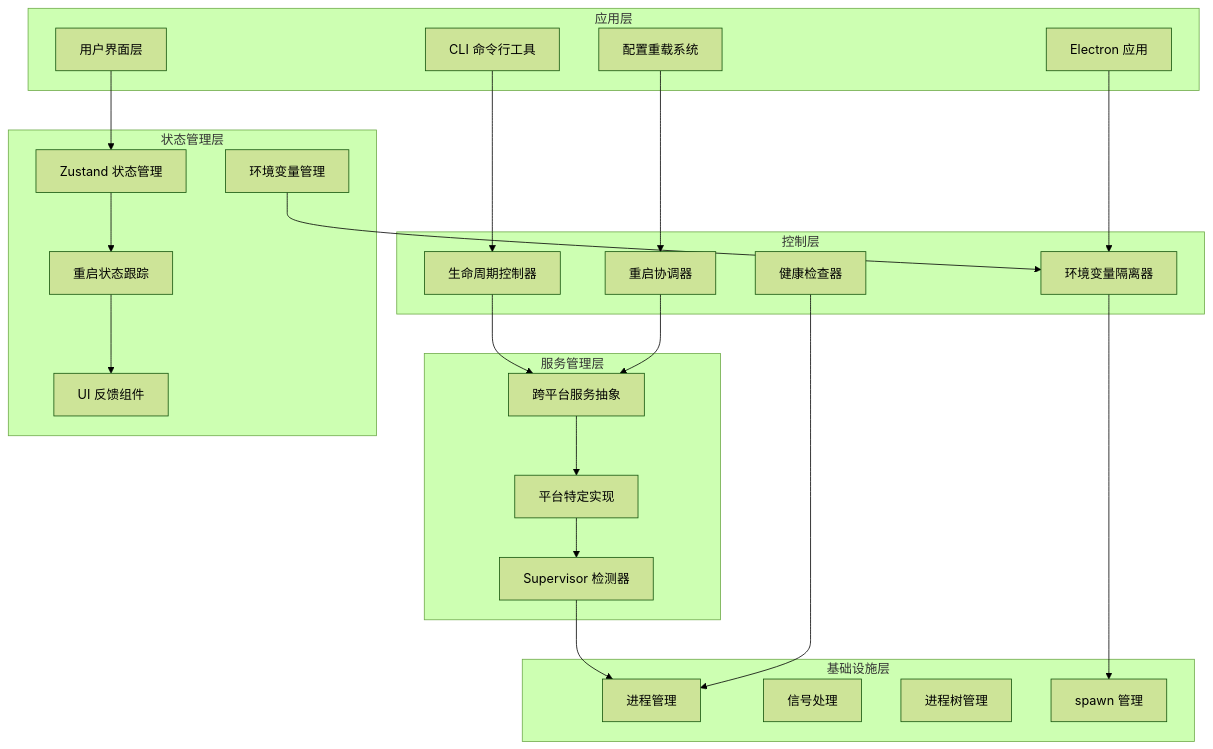
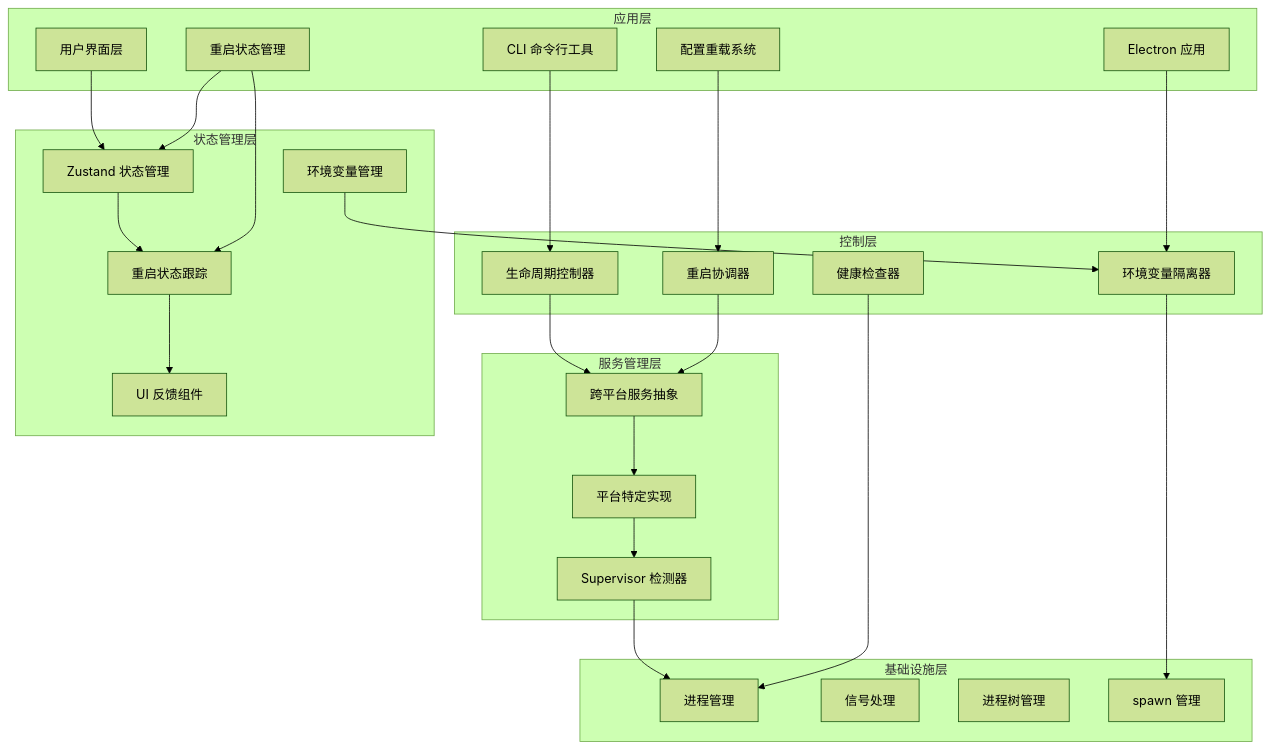
The fourth of 20 diagrams in .qoder/repowiki/zh/content/核心概念/网关架构/网关重启系统.md (verse-ai-org/openclaw), drawn with Mermaid (forest theme) before and after one commit. The commit also changed other lines of this file and 86 other files, not shown here.

````diff
--- a/.qoder/repowiki/zh/content/核心概念/网关架构/网关重启系统.md
+++ b/.qoder/repowiki/zh/content/核心概念/网关架构/网关重启系统.md
@@ -204,46 +214,49 @@
 ```mermaid
 graph TB
 subgraph "应用层"
 A[CLI 命令行工具]
 B[配置重载系统]
 C[用户界面层]
 D[Electron 应用]
+E[重启状态管理]
 end
 subgraph "控制层"
-E[生命周期控制器]
-F[重启协调器]
-G[健康检查器]
-H[环境变量隔离器]
+F[生命周期控制器]
+G[重启协调器]
+H[健康检查器]
+I[环境变量隔离器]
 end
 subgraph "服务管理层"
-I[跨平台服务抽象]
-J[平台特定实现]
-K[Supervisor 检测器]
+J[跨平台服务抽象]
+K[平台特定实现]
+L[Supervisor 检测器]
 end
 subgraph "状态管理层"
-L[Zustand 状态管理]
-M[重启状态跟踪]
-N[UI 反馈组件]
-O[环境变量管理]
+M[Zustand 状态管理]
+N[重启状态跟踪]
+O[UI 反馈组件]
+P[环境变量管理]
 end
 subgraph "基础设施层"
-P[进程管理]
-Q[信号处理]
-R[进程树管理]
-S[spawn 管理]
+Q[进程管理]
+R[信号处理]
+S[进程树管理]
+T[spawn 管理]
 end
-A --> E
-B --> F
-C --> L
-D --> H
-H --> S
-I --> J
+A --> F
+B --> G
+C --> M
+D --> I
+E --> M
+I --> T
 J --> K
-K --> P
-L --> M
+K --> L
+L --> Q
 M --> N
-O --> H
-E --> I
-F --> I
-G --> P
+N --> O
+P --> I
+E --> N
+F --> J
+G --> J
+H --> Q
 ```
````
